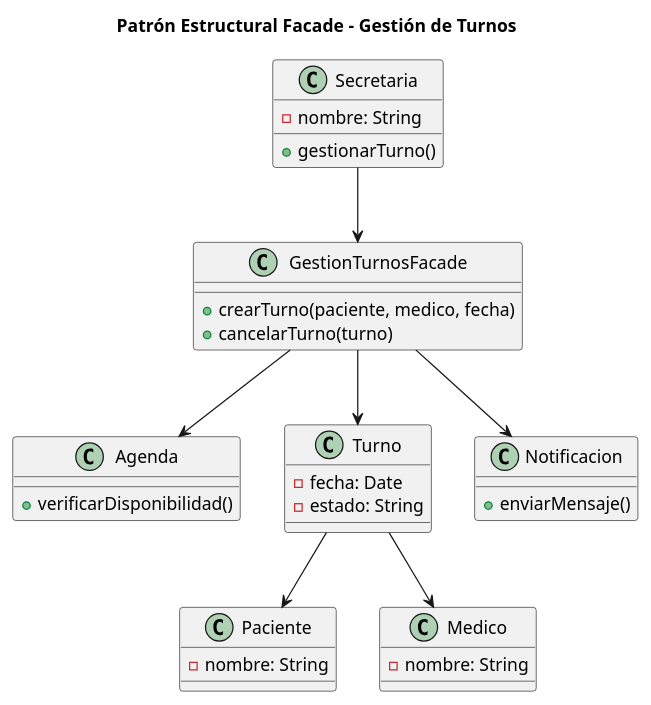
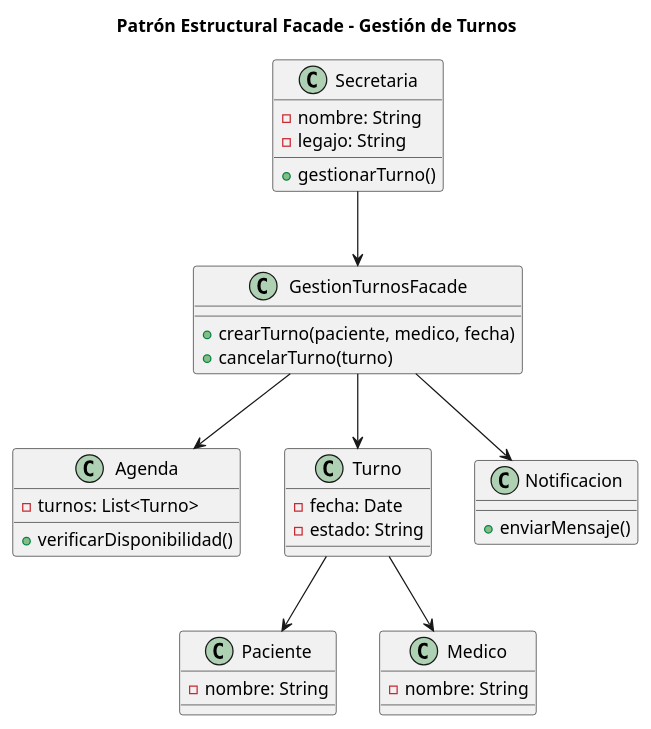
Before and after one commit to nataliacarreras96git/SistemaTurnosMedicos: the diagram in diagramas/01-diagrama-clases/01-patron-estructural-facade.puml, drawn with PlantUML. The commit also changed 7 other files, not shown here.

```diff
--- a/diagramas/01-diagrama-clases/01-patron-estructural-facade.puml
+++ b/diagramas/01-diagrama-clases/01-patron-estructural-facade.puml
@@ -1,62 +1,64 @@
 @startuml 01-patron-estructural-facade
 
 title Patrón Estructural Facade - Gestión de Turnos
 
 
 class Secretaria {
     -nombre: String
+    -legajo: String
     
     +gestionarTurno()
 }
 
 
 class GestionTurnosFacade {
 
     +crearTurno(paciente, medico, fecha)
     +cancelarTurno(turno)
 }
 
 
 class Agenda {
+    - turnos: List<Turno>
 
     +verificarDisponibilidad()
 }
 
 
 class Turno {
 
     -fecha: Date
     -estado: String
 
 }
 
 
 class Paciente {
 
     -nombre: String
 }
 
 
 class Medico {
 
     -nombre: String
 }
 
 
 class Notificacion {
 
     +enviarMensaje()
 }
 
 
 Secretaria --> GestionTurnosFacade
 
 GestionTurnosFacade --> Agenda
 GestionTurnosFacade --> Turno
 GestionTurnosFacade --> Notificacion
 
 Turno --> Paciente
 Turno --> Medico
 
 
 @enduml
```
